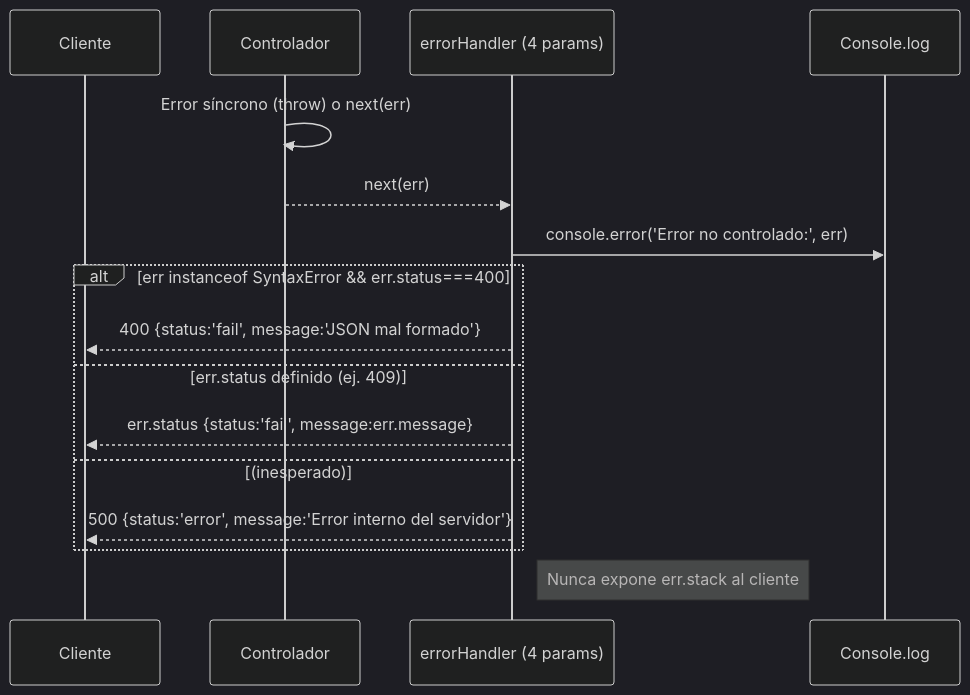
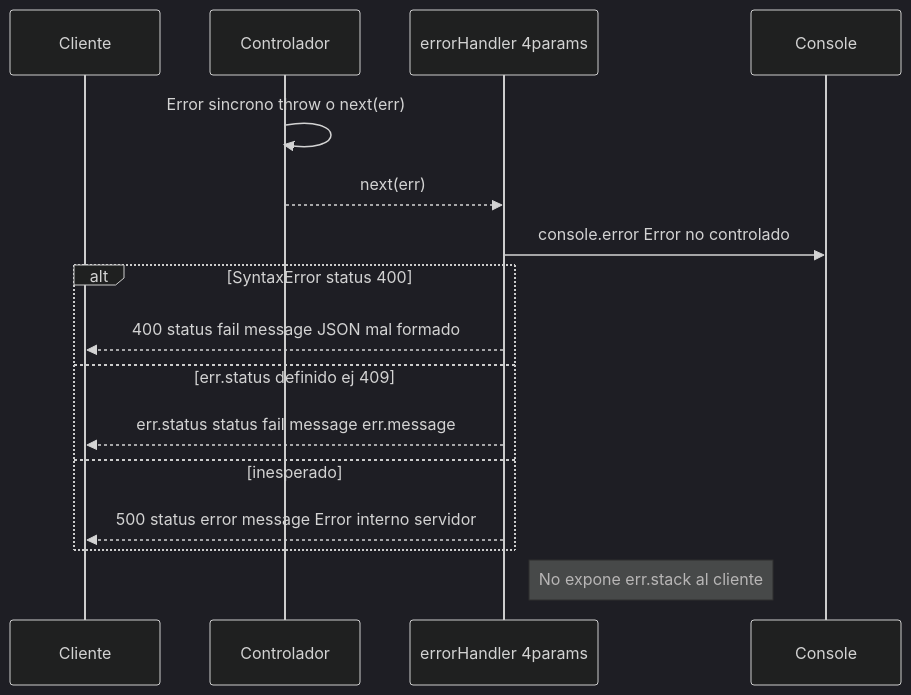
The tenth of 11 diagrams in Lab06VersionIndividual/lab06-api-cursos/flujo.md (camiloSis/Programacion-Web-Systems), drawn with Mermaid (dark theme) before and after one commit. The commit also changed other lines of this file, not shown here.

````diff
--- a/Lab06VersionIndividual/lab06-api-cursos/flujo.md
+++ b/Lab06VersionIndividual/lab06-api-cursos/flujo.md
@@ -282,19 +282,19 @@
 ```mermaid
 sequenceDiagram
     participant C as Cliente
     participant CT as Controlador
-    participant MW_ERR as errorHandler (4 params)
-    participant LOG as Console.log
+    participant MW_ERR as errorHandler 4params
+    participant LOG as Console
 
-    CT->>CT: Error síncrono (throw) o next(err)
+    CT->>CT: Error sincrono throw o next(err)
     CT-->>MW_ERR: next(err)
-    MW_ERR->>LOG: console.error('Error no controlado:', err)
-    alt err instanceof SyntaxError && err.status===400
-        MW_ERR-->>C: 400 {status:'fail', message:'JSON mal formado'}
-    else err.status definido (ej. 409)
-        MW_ERR-->>C: err.status {status:'fail', message:err.message}
-    else (inesperado)
-        MW_ERR-->>C: 500 {status:'error', message:'Error interno del servidor'}
+    MW_ERR->>LOG: console.error Error no controlado
+    alt SyntaxError status 400
+        MW_ERR-->>C: 400 status fail message JSON mal formado
+    else err.status definido ej 409
+        MW_ERR-->>C: err.status status fail message err.message
+    else inesperado
+        MW_ERR-->>C: 500 status error message Error interno servidor
     end
-    Note right of MW_ERR: Nunca expone err.stack al cliente
+    Note right of MW_ERR: No expone err.stack al cliente
 ```
````
